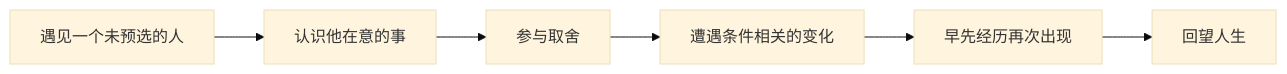
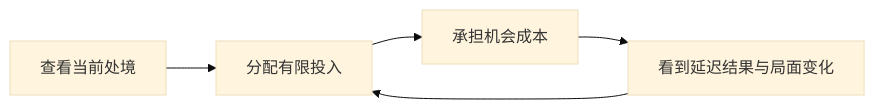
The diagram in docs/lead-product-analysis.md (yuki-uix/life-sim-product-study), drawn with Mermaid (base theme) before and after one commit. The commit also changed other lines of this file and 1 other file, not shown here.

````diff
--- a/docs/lead-product-analysis.md
+++ b/docs/lead-product-analysis.md
@@ -40,8 +45,7 @@
 ```mermaid
 flowchart LR
-    A[遇见一个未预选的人] --> B[认识他在意的事]
-    B --> C[参与取舍]
-    C --> D[遭遇条件相关的变化]
-    D --> E[早先经历再次出现]
-    E --> F[回望人生]
+    A[查看当前处境] --> B[分配有限投入]
+    B --> C[承担机会成本]
+    C --> D[看到延迟结果与局面变化]
+    D --> B
 ```
````
